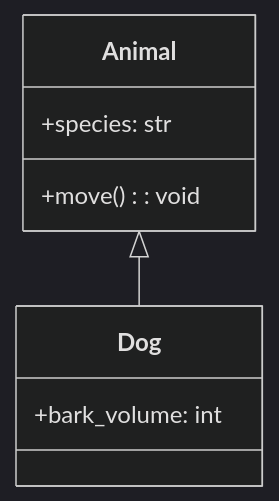
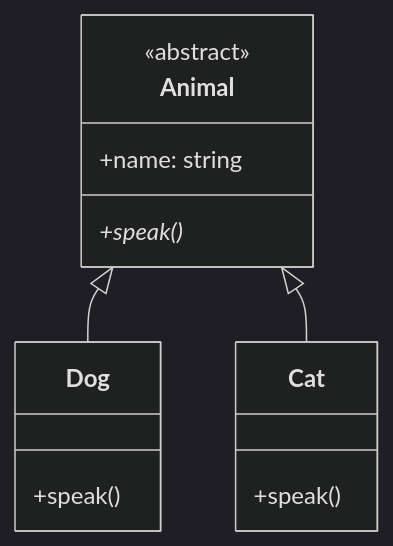
Before and after one commit to hanaoverride/data-scientist-cookbook-for-korean: the diagram in Chapter I. 기반지식 학습/7. 기초 CS 이론 II/1. 소프트웨어 개발 이론/4. 객체지향 프로그래밍 기법.md, drawn with Mermaid (dark theme). The commit also changed other lines of this file and 132 other files, not shown here.

````diff
--- a/Chapter I. 기반지식 학습/7. 기초 CS 이론 II/1. 소프트웨어 개발 이론/4. 객체지향 프로그래밍 기법.md
+++ b/Chapter I. 기반지식 학습/7. 기초 CS 이론 II/1. 소프트웨어 개발 이론/4. 객체지향 프로그래밍 기법.md
@@ -215,11 +89,16 @@
 ```mermaid
 classDiagram
     class Animal {
-        +species: str
-        +move(): void
+        <<abstract>>
+        +name: string
+        +speak()*
     }
     class Dog {
-        +bark_volume: int
+        +speak()
+    }
+    class Cat {
+        +speak()
     }
     Animal <|-- Dog
+    Animal <|-- Cat
 ```
````
